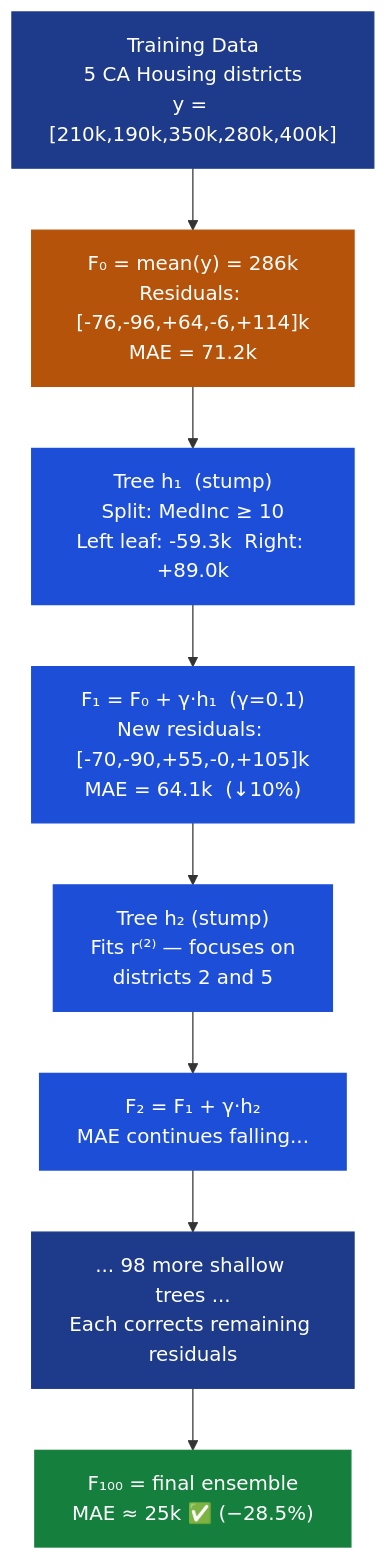
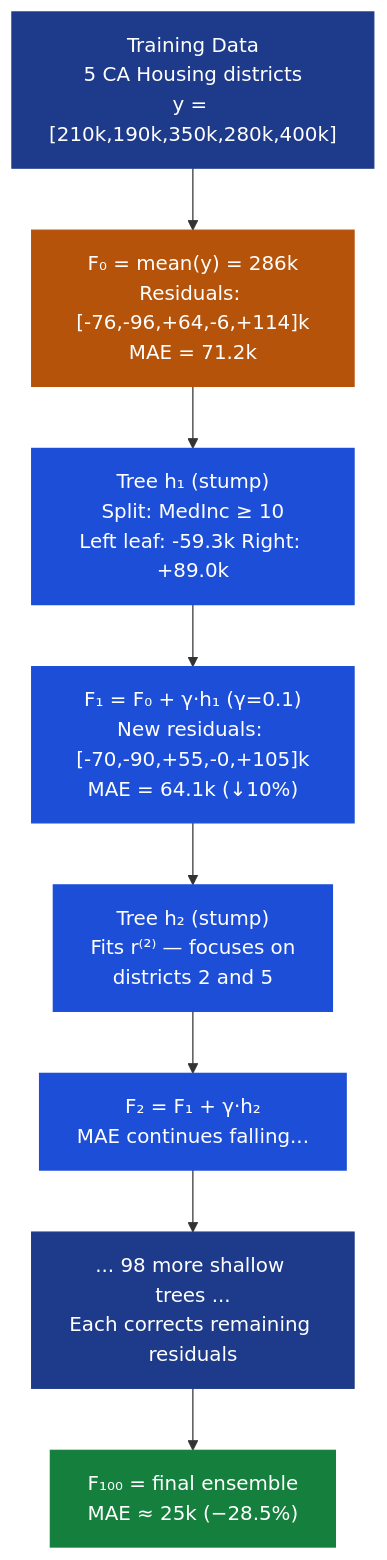
Before and after one commit to dsgouda7/ai-portfolio: the second of 4 diagrams in notes/01-ml/08-ensemble-methods/ch02_boosting/README.md, drawn with Mermaid. The commit also changed other lines of this file and 179 other files, not shown here.

````diff
--- a/notes/01-ml/08-ensemble-methods/ch02_boosting/README.md
+++ b/notes/01-ml/08-ensemble-methods/ch02_boosting/README.md
@@ -447,25 +447,25 @@
 ```mermaid
 flowchart TD
-    classDef primary fill:#1e3a8a,color:#fff,stroke:#1e3a8a
-    classDef success fill:#15803d,color:#fff,stroke:#15803d
-    classDef caution fill:#b45309,color:#fff,stroke:#b45309
-    classDef danger fill:#b91c1c,color:#fff,stroke:#b91c1c
-    classDef info fill:#1d4ed8,color:#fff,stroke:#1d4ed8
+ classDef primary fill:#1e3a8a,color:#fff,stroke:#1e3a8a
+ classDef success fill:#15803d,color:#fff,stroke:#15803d
+ classDef caution fill:#b45309,color:#fff,stroke:#b45309
+ classDef danger fill:#b91c1c,color:#fff,stroke:#b91c1c
+ classDef info fill:#1d4ed8,color:#fff,stroke:#1d4ed8
 
-    DATA["Training Data\n5 CA Housing districts\ny = [210k,190k,350k,280k,400k]"]:::primary
-    F0["F₀ = mean(y) = 286k\nResiduals: [-76,-96,+64,-6,+114]k\nMAE = 71.2k"]:::caution
-    T1["Tree h₁  (stump)\nSplit: MedInc ≥ 10\nLeft leaf: -59.3k  Right: +89.0k"]:::info
-    F1["F₁ = F₀ + γ·h₁  (γ=0.1)\nNew residuals: [-70,-90,+55,-0,+105]k\nMAE = 64.1k  (↓10%)"]:::info
-    T2["Tree h₂  (stump)\nFits r⁽²⁾ — focuses on\ndistricts 2 and 5"]:::info
-    F2["F₂ = F₁ + γ·h₂\nMAE continues falling..."]:::info
-    DOTS["... 98 more shallow trees ...\nEach corrects remaining residuals"]:::primary
-    FM["F₁₀₀ = final ensemble\nMAE ≈ 25k  ✅  (−28.5%)"]:::success
+ DATA["Training Data\n5 CA Housing districts\ny = [210k,190k,350k,280k,400k]"]:::primary
+ F0["F₀ = mean(y) = 286k\nResiduals: [-76,-96,+64,-6,+114]k\nMAE = 71.2k"]:::caution
+ T1["Tree h₁ (stump)\nSplit: MedInc ≥ 10\nLeft leaf: -59.3k Right: +89.0k"]:::info
+ F1["F₁ = F₀ + γ·h₁ (γ=0.1)\nNew residuals: [-70,-90,+55,-0,+105]k\nMAE = 64.1k (↓10%)"]:::info
+ T2["Tree h₂ (stump)\nFits r⁽²⁾ — focuses on\ndistricts 2 and 5"]:::info
+ F2["F₂ = F₁ + γ·h₂\nMAE continues falling..."]:::info
+ DOTS["... 98 more shallow trees ...\nEach corrects remaining residuals"]:::primary
+ FM["F₁₀₀ = final ensemble\nMAE ≈ 25k (−28.5%)"]:::success
 
-    DATA --> F0
-    F0 --> T1
-    T1 --> F1
-    F1 --> T2
-    T2 --> F2
-    F2 --> DOTS
-    DOTS --> FM
+ DATA --> F0
+ F0 --> T1
+ T1 --> F1
+ F1 --> T2
+ T2 --> F2
+ F2 --> DOTS
+ DOTS --> FM
 ```
````
